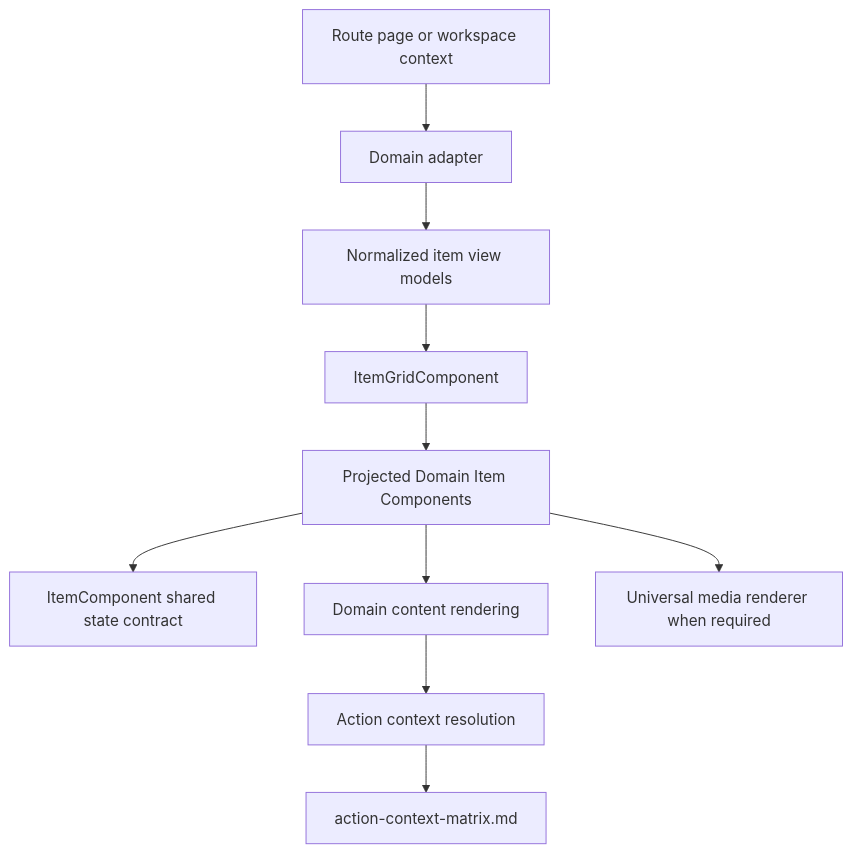
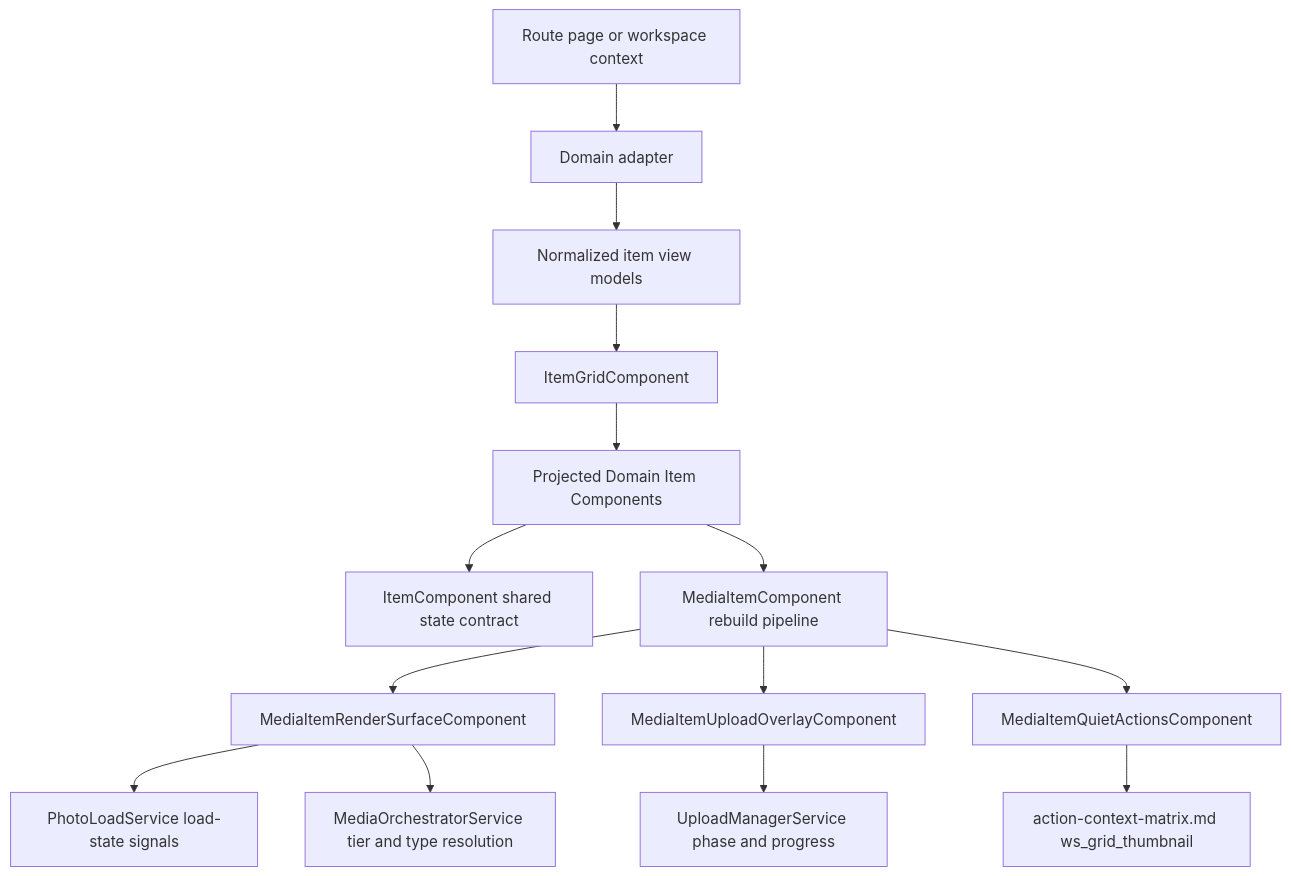
One commit to matkleve/feldpost changed the first of 2 diagrams in docs/element-specs/item-grid.md. Above: the diagram before and after it, drawn with Mermaid. The commit also changed other lines of this file and 17 other files, not shown here.

First line of the commit message:
feat(media): introduce media item utilities and renderer system

````diff
--- a/docs/element-specs/item-grid.md
+++ b/docs/element-specs/item-grid.md
@@ -65,12 +77,16 @@
 ```mermaid
 flowchart TD
   A[Route page or workspace context] --> B[Domain adapter]
   B --> C[Normalized item view models]
   C --> D[ItemGridComponent]
   D --> E[Projected Domain Item Components]
   E --> F[ItemComponent shared state contract]
-  E --> G[Domain content rendering]
-  G --> H[Action context resolution]
-  H --> I[action-context-matrix.md]
-  E --> J[Universal media renderer when required]
+  E --> G[MediaItemComponent rebuild pipeline]
+  G --> H[MediaItemRenderSurfaceComponent]
+  H --> I[PhotoLoadService load-state signals]
+  H --> J[MediaOrchestratorService tier and type resolution]
+  G --> K[MediaItemUploadOverlayComponent]
+  K --> L[UploadManagerService phase and progress]
+  G --> M[MediaItemQuietActionsComponent]
+  M --> N[action-context-matrix.md ws_grid_thumbnail]
 ```
````
